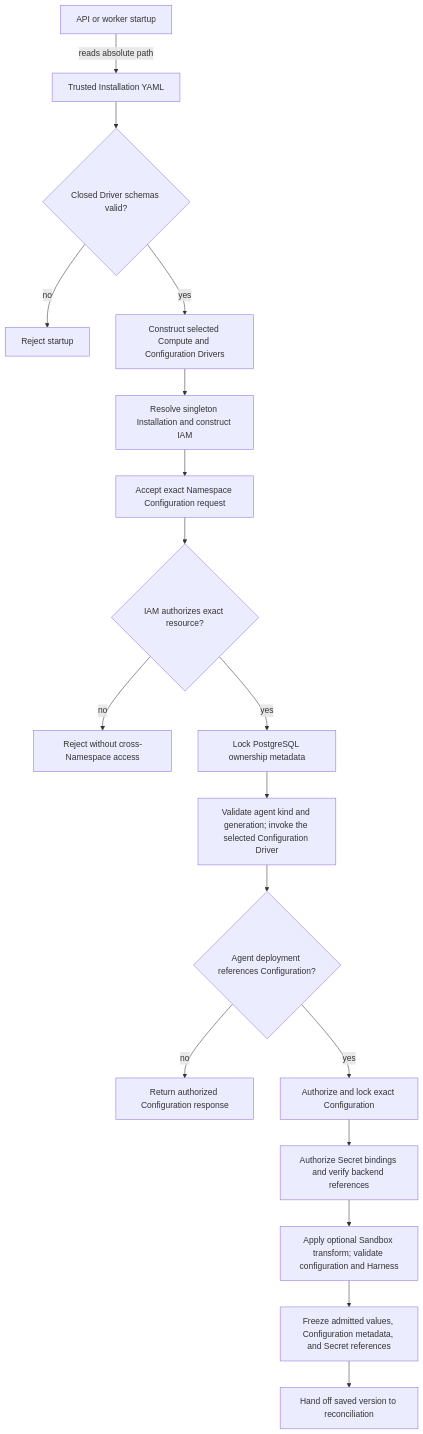
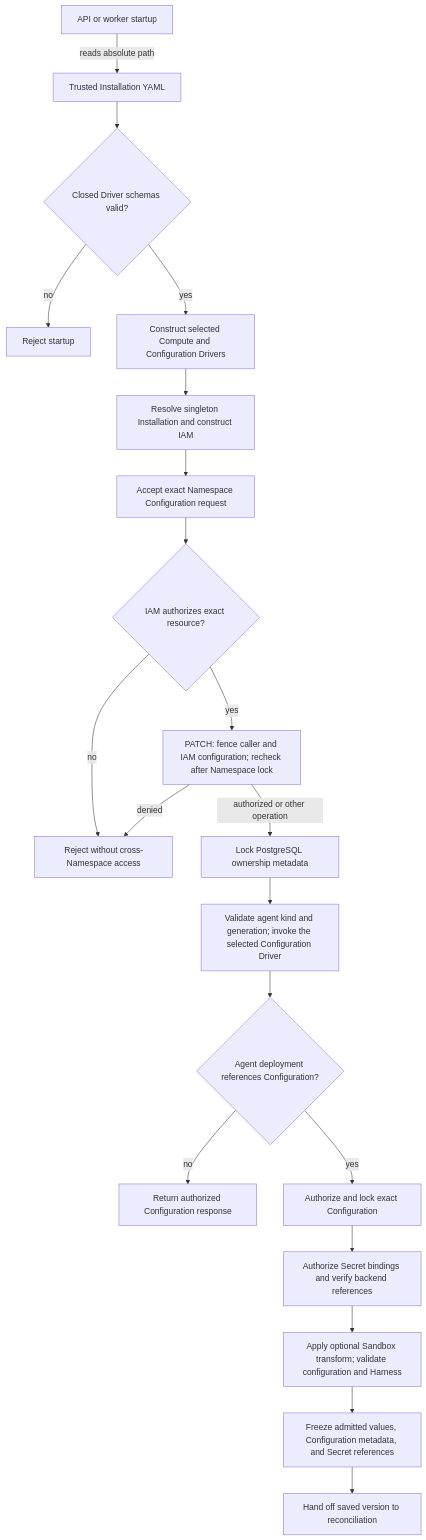
The diagram in docs/flows/configuration-driver.md (openclaw/openclaw-enterprise), drawn with Mermaid before and after one commit. The commit also changed other lines of this file and 5 other files, not shown here.

Commit message:
Recheck Configuration update authority under the Namespace lock

````diff
--- a/docs/flows/configuration-driver.md
+++ b/docs/flows/configuration-driver.md
@@ -48,20 +43,22 @@
 ```mermaid
 graph TD
   A["API or worker startup"] -->|reads absolute path| B["Trusted Installation YAML"]
   B --> C{"Closed Driver schemas valid?"}
   C -->|no| X["Reject startup"]
   C -->|yes| D["Construct selected Compute and Configuration Drivers"]
   D --> E["Resolve singleton Installation and construct IAM"]
   E --> G["Accept exact Namespace Configuration request"]
   G --> H{"IAM authorizes exact resource?"}
   H -->|no| Y["Reject without cross-Namespace access"]
-  H -->|yes| I["Lock PostgreSQL ownership metadata"]
+  H -->|yes| F["PATCH: fence caller and IAM configuration; recheck after Namespace lock"]
+  F -->|denied| Y
+  F -->|authorized or other operation| I["Lock PostgreSQL ownership metadata"]
   I --> J["Validate agent kind and generation; invoke the selected Configuration Driver"]
   J --> K{"Agent deployment references Configuration?"}
   K -->|no| L["Return authorized Configuration response"]
   K -->|yes| M["Authorize and lock exact Configuration"]
   M --> P["Authorize Secret bindings and verify backend references"]
   P --> Q["Apply optional Sandbox transform; validate configuration and Harness"]
   Q --> N["Freeze admitted values, Configuration metadata, and Secret references"]
   N --> O["Hand off saved version to reconciliation"]
 ```
````
